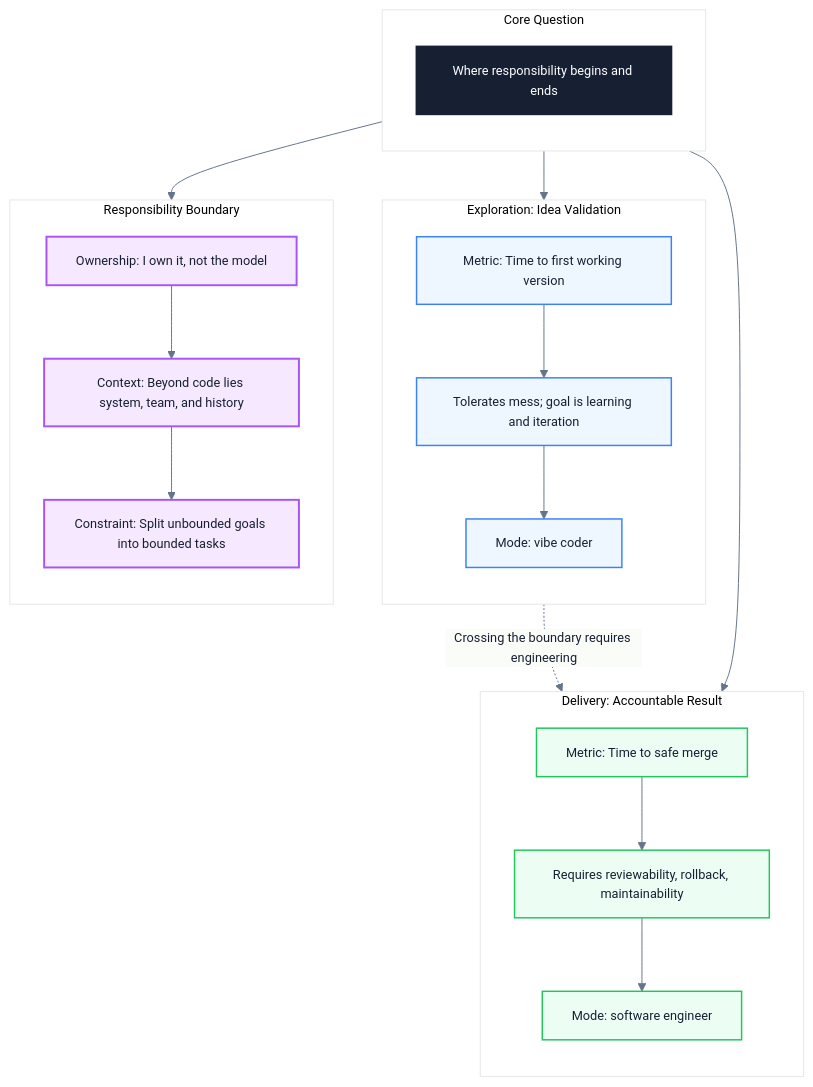
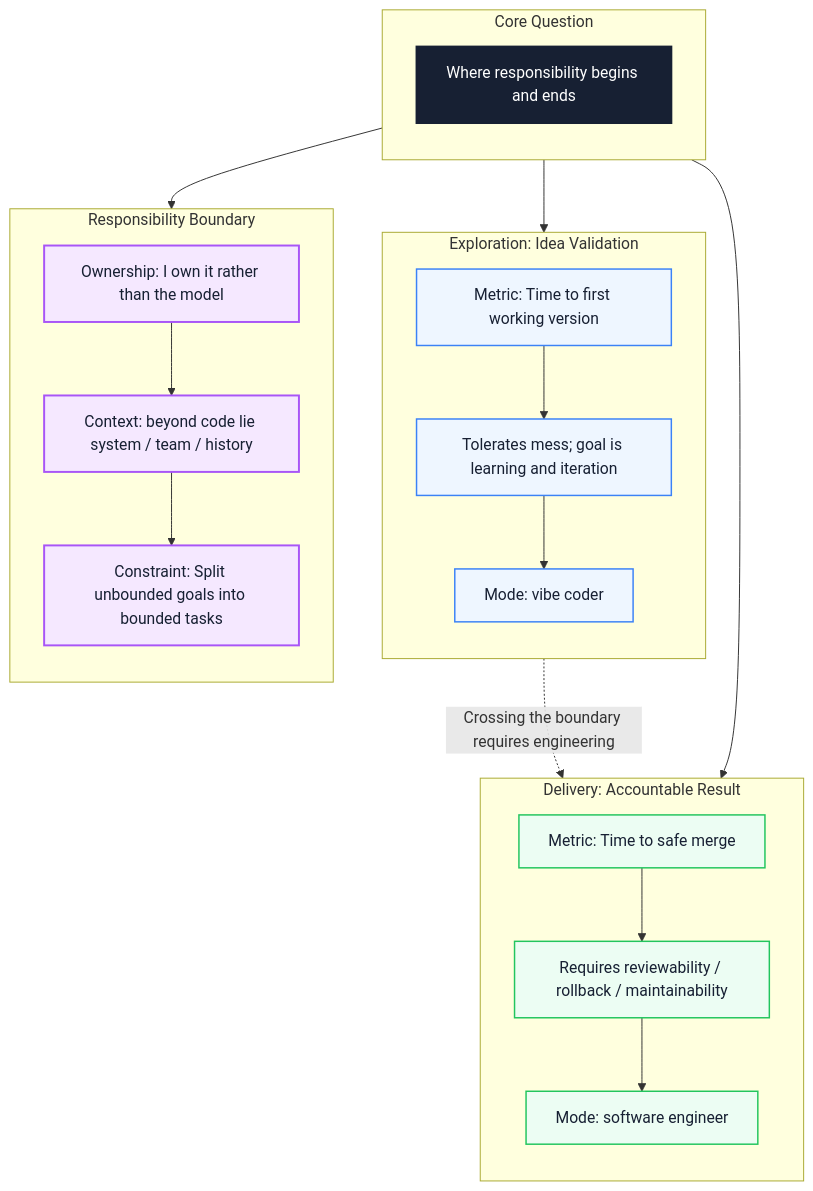
Before and after one commit to Fatejian/frontier-vault: the diagram in docs/en/career/vibe-coder-vs-software-engineer.md, drawn with Mermaid. The commit also changed other lines of this file and 41 other files, not shown here.

````diff
--- a/docs/en/career/vibe-coder-vs-software-engineer.md
+++ b/docs/en/career/vibe-coder-vs-software-engineer.md
@@ -180,48 +146,47 @@
 ```mermaid
-%%{init: {'theme': 'base', 'themeVariables': { 'fontFamily': 'Inter, PingFang SC, Microsoft YaHei, sans-serif', 'primaryColor': '#F8FAFC', 'primaryTextColor': '#172033', 'primaryBorderColor': '#CBD5E1', 'lineColor': '#64748B', 'fontSize': '13px'}}}%%
 flowchart TB
     subgraph CORE["Core Question"]
         direction TB
         C["Where responsibility begins and ends"]
     end
 
     subgraph EXPLORE["Exploration: Idea Validation"]
         direction TB
         E1["Metric: Time to first working version"]
         E2["Tolerates mess; goal is learning and iteration"]
         E3["Mode: vibe coder"]
     end
 
     subgraph DELIVER["Delivery: Accountable Result"]
         direction TB
         D1["Metric: Time to safe merge"]
-        D2["Requires reviewability, rollback, maintainability"]
+        D2["Requires reviewability / rollback / maintainability"]
         D3["Mode: software engineer"]
     end
 
     subgraph BOUNDARY["Responsibility Boundary"]
         direction TB
-        B1["Ownership: I own it, not the model"]
-        B2["Context: Beyond code lies system, team, and history"]
+        B1["Ownership: I own it rather than the model"]
+        B2["Context: beyond code lie system / team / history"]
         B3["Constraint: Split unbounded goals into bounded tasks"]
     end
 
     C --> E1
     C --> D1
     C --> B1
     E1 --> E2 --> E3
     D1 --> D2 --> D3
     B1 --> B2 --> B3
     E3 -.->|"Crossing the boundary requires engineering"| D3
 
     classDef core fill:#172033,color:#fff,stroke:#172033,stroke-width:2px
     classDef wait fill:#EEF6FF,stroke:#3B82F6,color:#172033,stroke-width:1.5px
     classDef block fill:#FFF7E6,stroke:#F59E0B,color:#172033,stroke-width:1.5px
     classDef work fill:#ECFDF3,stroke:#22C55E,color:#172033,stroke-width:1.5px
     classDef metric fill:#F5E8FF,stroke:#A855F7,color:#172033,stroke-width:2px
 
     class C core
     class E1,E2,E3 wait
     class D1,D2,D3 work
     class B1,B2,B3 metric
 ```
````
